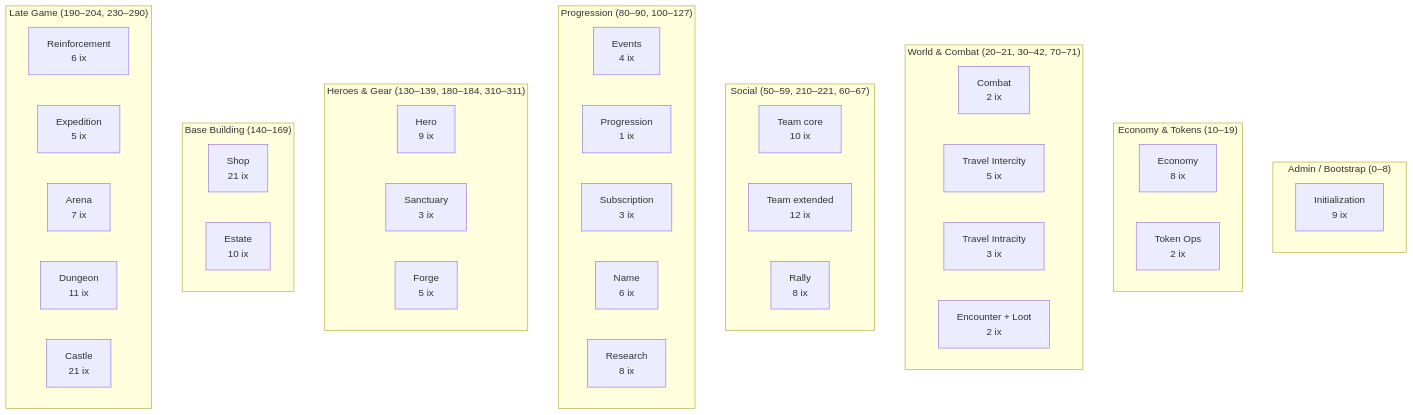
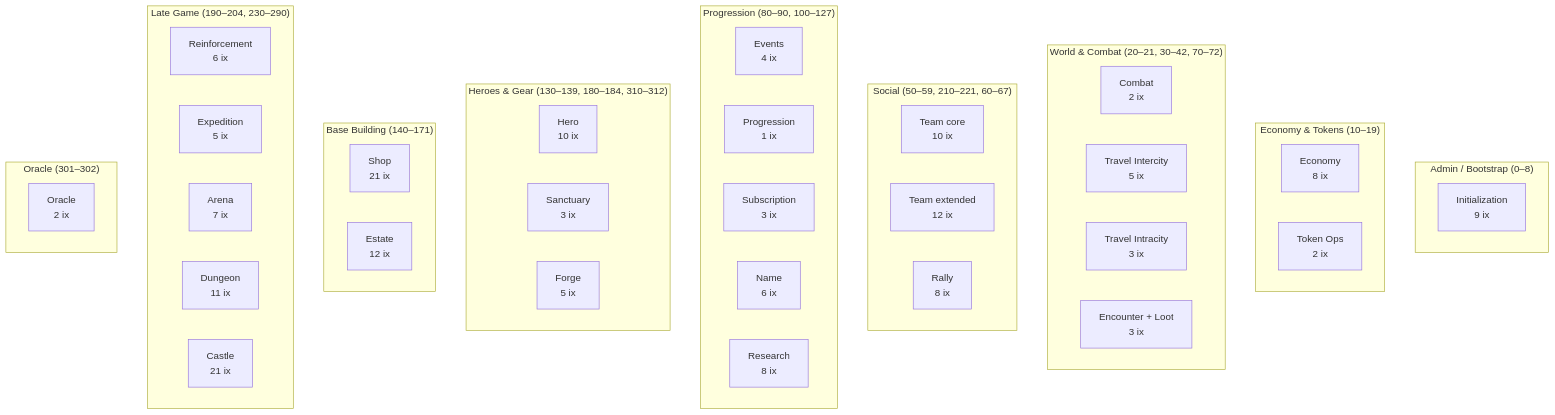
One commit to crypt0miester/novus-mundus changed the first of 4 diagrams in docs/onchain/01-architecture/instruction-map.md. Above: the diagram before and after it, drawn with Mermaid. The commit also changed other lines of this file and 202 other files, not shown here.

````diff
--- a/docs/onchain/01-architecture/instruction-map.md
+++ b/docs/onchain/01-architecture/instruction-map.md
@@ -28,44 +28,47 @@
 ```mermaid
 graph TD
     subgraph "Admin / Bootstrap (0–8)"
         INIT["Initialization<br/>9 ix"]
     end
     subgraph "Economy & Tokens (10–19)"
         ECON["Economy<br/>8 ix"]
         TOK["Token Ops<br/>2 ix"]
     end
-    subgraph "World & Combat (20–21, 30–42, 70–71)"
+    subgraph "World & Combat (20–21, 30–42, 70–72)"
         CMB["Combat<br/>2 ix"]
         TRV["Travel Intercity<br/>5 ix"]
         TRI["Travel Intracity<br/>3 ix"]
-        ENC["Encounter + Loot<br/>2 ix"]
+        ENC["Encounter + Loot<br/>3 ix"]
     end
     subgraph "Social (50–59, 210–221, 60–67)"
         TM["Team core<br/>10 ix"]
         TMX["Team extended<br/>12 ix"]
         RLY["Rally<br/>8 ix"]
     end
     subgraph "Progression (80–90, 100–127)"
         EVT["Events<br/>4 ix"]
         PRG["Progression<br/>1 ix"]
         SUB["Subscription<br/>3 ix"]
         NAM["Name<br/>6 ix"]
         RES["Research<br/>8 ix"]
     end
-    subgraph "Heroes & Gear (130–139, 180–184, 310–311)"
-        HRO["Hero<br/>9 ix"]
+    subgraph "Heroes & Gear (130–139, 180–184, 310–312)"
+        HRO["Hero<br/>10 ix"]
         SAN["Sanctuary<br/>3 ix"]
         FRG["Forge<br/>5 ix"]
     end
-    subgraph "Base Building (140–169)"
+    subgraph "Base Building (140–171)"
         SHP["Shop<br/>21 ix"]
-        EST["Estate<br/>10 ix"]
+        EST["Estate<br/>12 ix"]
     end
     subgraph "Late Game (190–204, 230–290)"
         RNF["Reinforcement<br/>6 ix"]
         EXP["Expedition<br/>5 ix"]
         ARN["Arena<br/>7 ix"]
         DNG["Dungeon<br/>11 ix"]
         CAS["Castle<br/>21 ix"]
     end
+    subgraph "Oracle (301–302)"
+        ORC["Oracle<br/>2 ix"]
+    end
 ```
````
